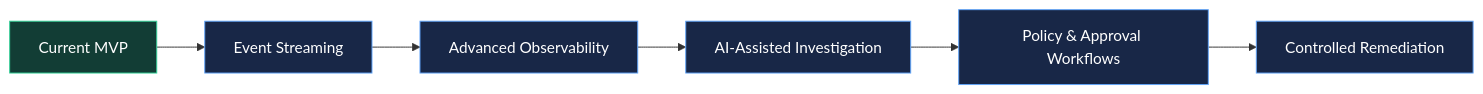
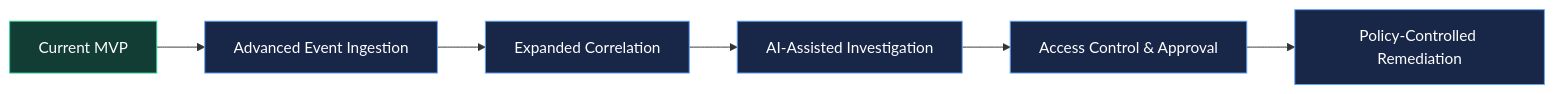
The fifth of 5 diagrams in README.md (akankshad1712/opspilot-ai), drawn with Mermaid before and after one commit. The commit also changed other lines of this file, not shown here.

````diff
--- a/README.md
+++ b/README.md
@@ -855,14 +569,14 @@
 ```mermaid
 flowchart LR
-    A["Current MVP"] --> B["Event Streaming"]
-    B --> C["Advanced Observability"]
+    A["Current MVP"] --> B["Advanced Event Ingestion"]
+    B --> C["Expanded Correlation"]
     C --> D["AI-Assisted Investigation"]
-    D --> E["Policy & Approval Workflows"]
-    E --> F["Controlled Remediation"]
+    D --> E["Access Control & Approval"]
+    E --> F["Policy-Controlled Remediation"]
 
-    classDef current fill:#123D35,stroke:#34D399,color:#FFFFFF
-    classDef planned fill:#182747,stroke:#60A5FA,color:#FFFFFF
+    classDef current fill:#123D35,stroke:#34D399,color:#fff
+    classDef future fill:#182747,stroke:#60A5FA,color:#fff
 
     class A current
-    class B,C,D,E,F planned
+    class B,C,D,E,F future
 ```
````
